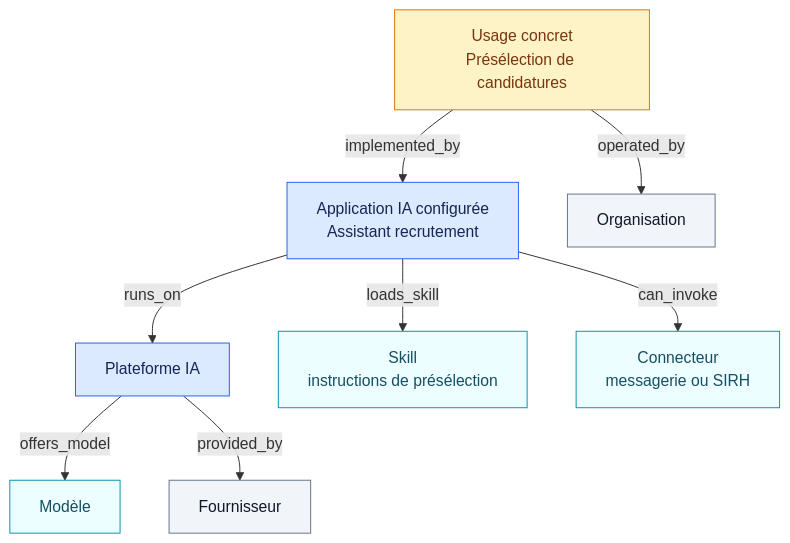
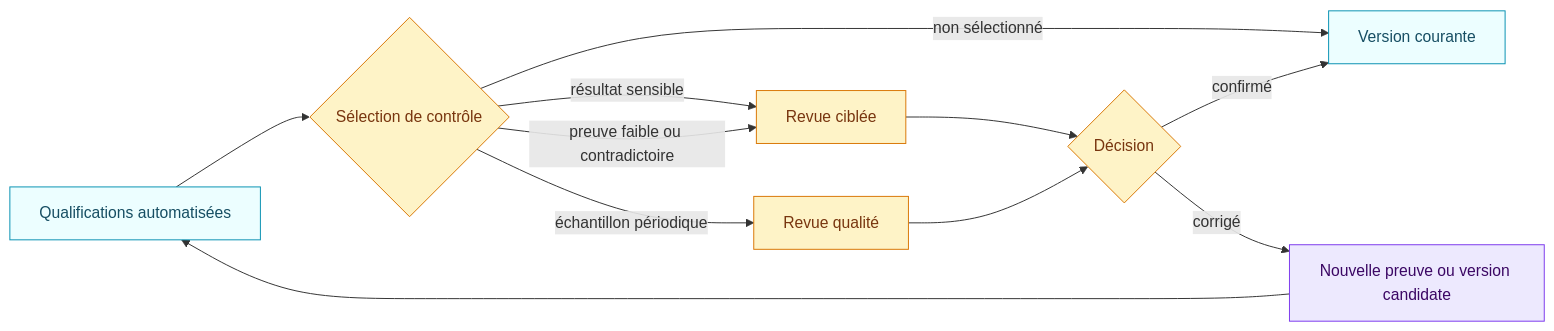
The third of 3 diagrams in README.fr.md (NickChaps/Open-AIRS), drawn with Mermaid before and after one commit. The commit also changed other lines of this file and 58 other files, not shown here.

````diff
--- a/README.fr.md
+++ b/README.fr.md
@@ -142,19 +206,20 @@
 ```mermaid
-flowchart TB
-    U["Usage concret<br/>Présélection de candidatures"] -->|implemented_by| A["Application IA configurée<br/>Assistant recrutement"]
-    A -->|runs_on| P["Plateforme IA"]
-    P -->|offers_model| M["Modèle"]
-    A -->|loads_skill| S["Skill<br/>instructions de présélection"]
-    A -->|can_invoke| C["Connecteur<br/>messagerie ou SIRH"]
-    U -->|operated_by| O["Organisation"]
-    P -->|provided_by| V["Fournisseur"]
+flowchart LR
+    A["Qualifications automatisées"] --> Q{"Sélection de contrôle"}
+    Q -->|"résultat sensible"| C["Revue ciblée"]
+    Q -->|"preuve faible ou contradictoire"| C
+    Q -->|"échantillon périodique"| S["Revue qualité"]
+    Q -->|"non sélectionné"| V["Version courante"]
+    C --> D{"Décision"}
+    S --> D
+    D -->|"confirmé"| V
+    D -->|"corrigé"| N["Nouvelle preuve ou version candidate"]
+    N --> A
 
-    classDef use fill:#fef3c7,stroke:#d97706,color:#78350f
-    classDef app fill:#dbeafe,stroke:#2563eb,color:#172554
-    classDef component fill:#ecfeff,stroke:#0891b2,color:#164e63
-    classDef actor fill:#f1f5f9,stroke:#64748b,color:#0f172a
-    class U use
-    class A,P app
-    class M,S,C component
-    class O,V actor
+    classDef auto fill:#ecfeff,stroke:#0891b2,color:#164e63
+    classDef review fill:#fef3c7,stroke:#d97706,color:#78350f
+    classDef change fill:#ede9fe,stroke:#7c3aed,color:#3b0764
+    class A,V auto
+    class Q,C,S,D review
+    class N change
 ```
````
